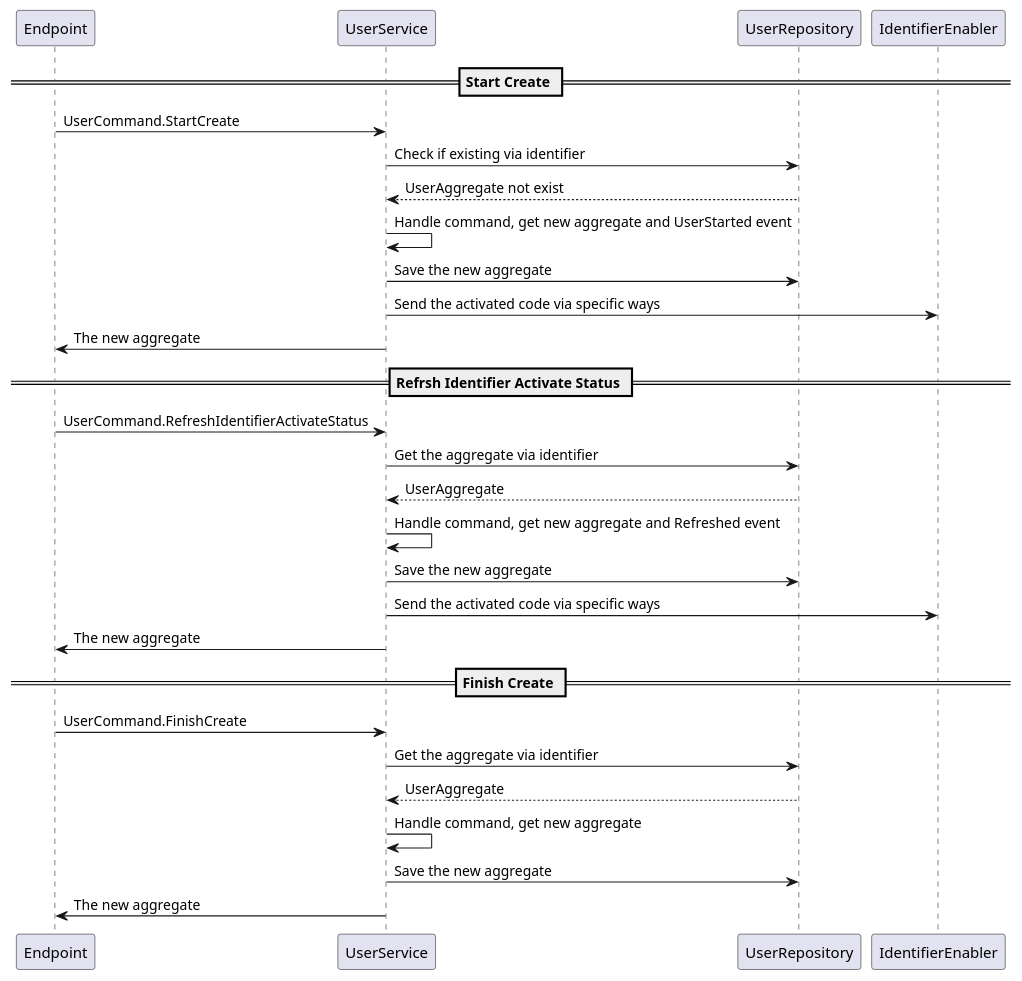
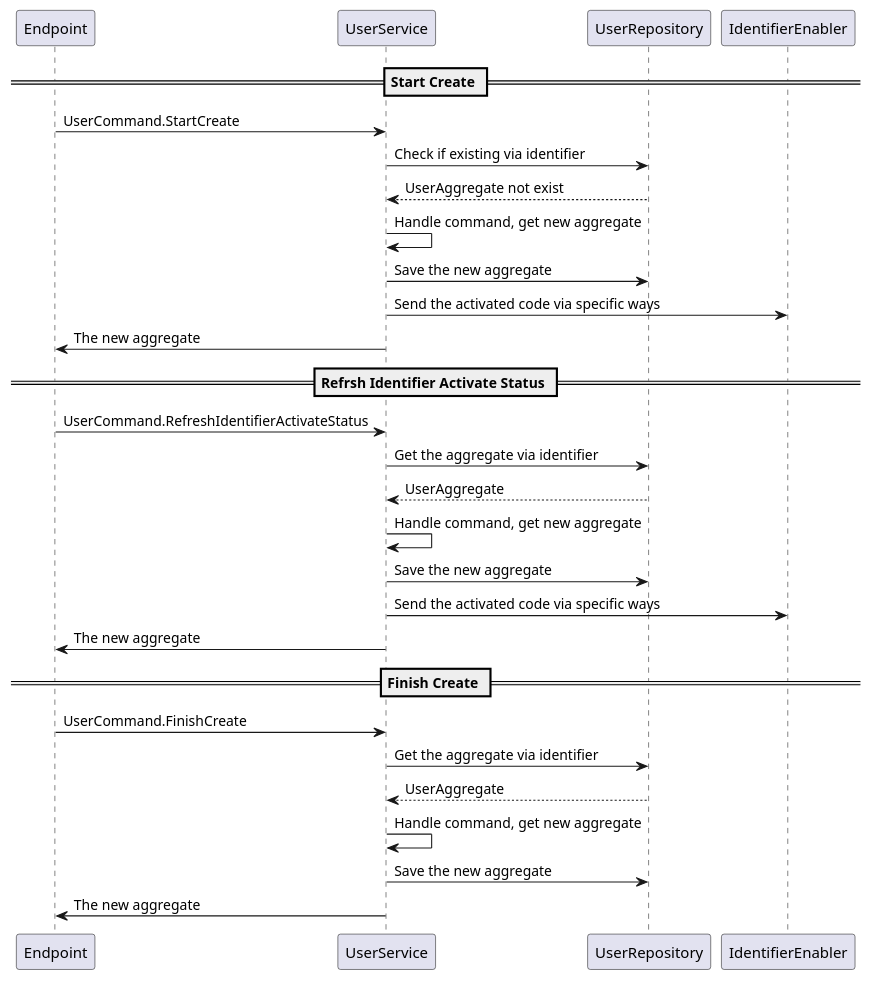
One commit to alices-wonderland/doorknob changed the sixth of 18 diagrams in docs/docs/features.md. Above: the diagram before and after it, drawn with PlantUML. The commit also changed other lines of this file and 57 other files, not shown here.

````diff
--- a/docs/docs/features.md
+++ b/docs/docs/features.md
@@ -160,29 +160,29 @@
 ```plantuml
 @startuml
 == Start Create ==
 Endpoint -> UserService: UserCommand.StartCreate
 UserService -> UserRepository: Check if existing via identifier
 UserRepository --> UserService: UserAggregate not exist
-UserService -> UserService: Handle command, get new aggregate and UserStarted event
+UserService -> UserService: Handle command, get new aggregate
 UserService -> UserRepository: Save the new aggregate
 UserService -> IdentifierEnabler: Send the activated code via specific ways
 UserService -> Endpoint: The new aggregate
 
 == Refrsh Identifier Activate Status ==
 Endpoint -> UserService: UserCommand.RefreshIdentifierActivateStatus
 UserService -> UserRepository: Get the aggregate via identifier
 UserRepository --> UserService: UserAggregate
-UserService -> UserService: Handle command, get new aggregate and Refreshed event
+UserService -> UserService: Handle command, get new aggregate
 UserService -> UserRepository: Save the new aggregate
 UserService -> IdentifierEnabler: Send the activated code via specific ways
 UserService -> Endpoint: The new aggregate
 
 == Finish Create ==
 Endpoint -> UserService: UserCommand.FinishCreate
 UserService -> UserRepository: Get the aggregate via identifier
 UserRepository --> UserService: UserAggregate
 UserService -> UserService: Handle command, get new aggregate
 UserService -> UserRepository: Save the new aggregate
 UserService -> Endpoint: The new aggregate
 @enduml
 ```
````
